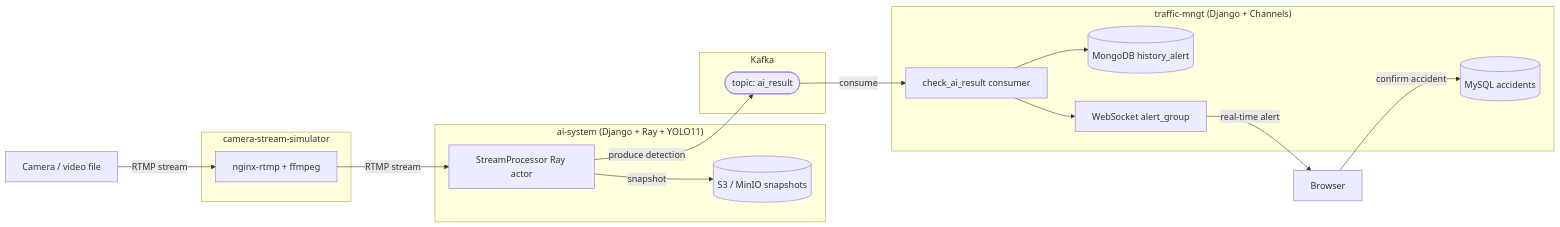
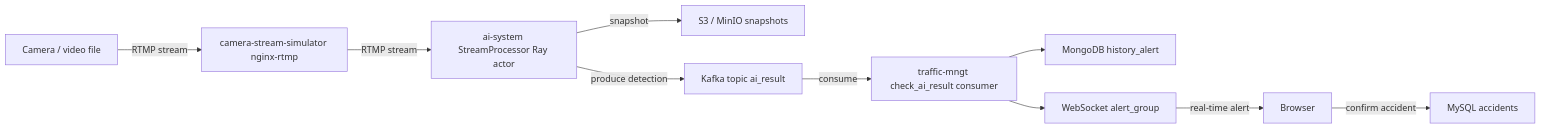
One commit to K1ethoang/Surveillance-Camera-System changed the diagram in README.md. Above: the diagram before and after it, drawn with Mermaid.

Commit message:
docs: flatten Mermaid diagram to fix GitHub render hang

````diff
--- a/README.md
+++ b/README.md
@@ -14,36 +14,23 @@
 ```mermaid
 flowchart LR
-    CAM["Camera / video file"]
-
-    subgraph SIM["camera-stream-simulator"]
-        RTMP["nginx-rtmp + ffmpeg"]
-    end
-
-    subgraph AI["ai-system (Django + Ray + YOLO11)"]
-        SP["StreamProcessor Ray actor"]
-        S3[("S3 / MinIO snapshots")]
-    end
-
-    subgraph MB["Kafka"]
-        TOPIC(["topic: ai_result"])
-    end
-
-    subgraph MNGT["traffic-mngt (Django + Channels)"]
-        CONSUMER["check_ai_result consumer"]
-        MONGO[("MongoDB history_alert")]
-        MYSQL[("MySQL accidents")]
-        WS["WebSocket alert_group"]
-    end
-
-    BROWSER["Browser"]
+    CAM[Camera / video file]
+    RTMP[camera-stream-simulator nginx-rtmp]
+    SP[ai-system StreamProcessor Ray actor]
+    S3[S3 / MinIO snapshots]
+    TOPIC[Kafka topic ai_result]
+    CONSUMER[traffic-mngt check_ai_result consumer]
+    MONGO[MongoDB history_alert]
+    WS[WebSocket alert_group]
+    BROWSER[Browser]
+    MYSQL[MySQL accidents]
 
     CAM -->|RTMP stream| RTMP
     RTMP -->|RTMP stream| SP
     SP -->|snapshot| S3
     SP -->|produce detection| TOPIC
     TOPIC -->|consume| CONSUMER
     CONSUMER --> MONGO
     CONSUMER --> WS
     WS -->|real-time alert| BROWSER
     BROWSER -->|confirm accident| MYSQL
 ```
````
